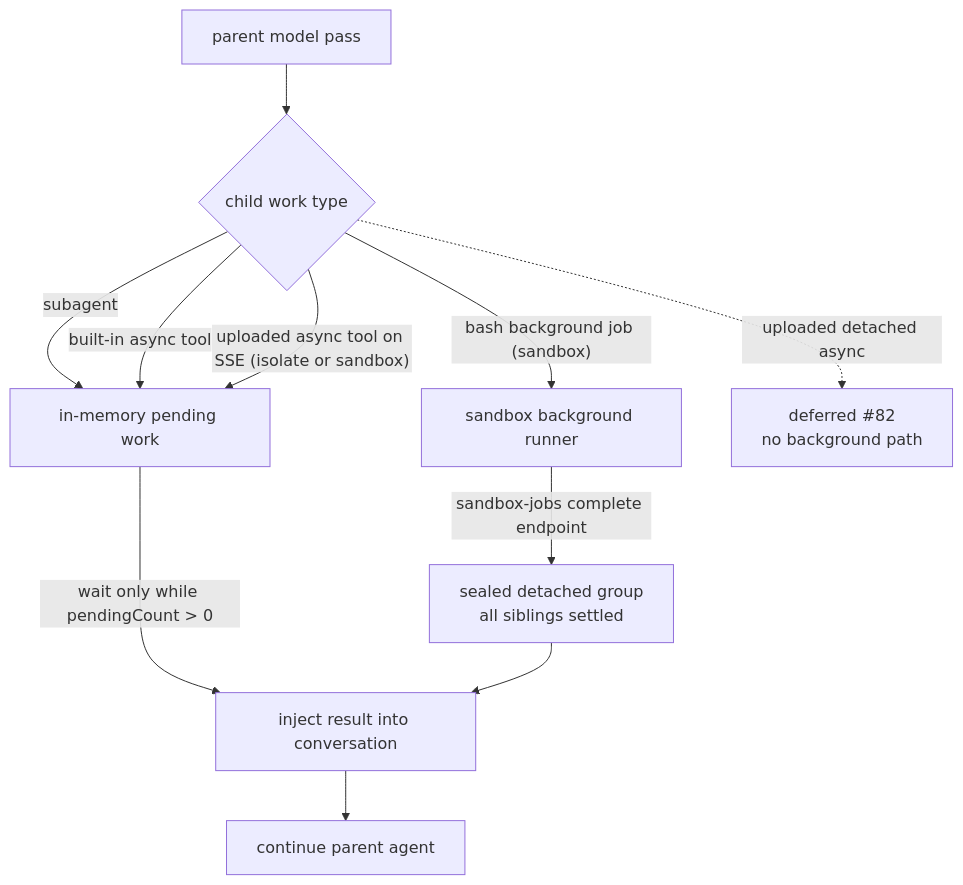
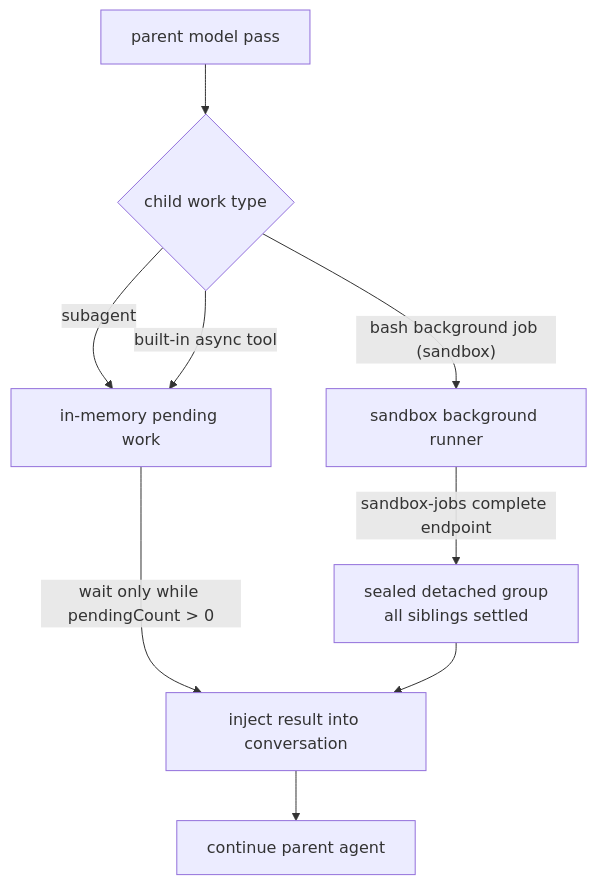
Before and after one commit to beeblastco/broods: the seventh of 12 diagrams in apps/docs/docs/architecture.md, drawn with Mermaid. The commit also changed other lines of this file and 33 other files, not shown here.

````diff
--- a/apps/docs/docs/architecture.md
+++ b/apps/docs/docs/architecture.md
@@ -204,13 +204,11 @@
 ```mermaid
 flowchart TD
   Parent["parent model pass"] --> Kind{"child work type"}
   Kind -->|"subagent"| InMemory["in-memory pending work"]
   Kind -->|"built-in async tool"| InMemory
-  Kind -->|"uploaded async tool on SSE (isolate or sandbox)"| InMemory
   Kind -->|"bash background job (sandbox)"| External["sandbox background runner"]
-  Kind -.->|"uploaded detached async"| Deferred["deferred #82<br/>no background path"]
   InMemory -->|"wait only while pendingCount > 0"| Inject["inject result into conversation"]
   External -->|"sandbox-jobs complete endpoint"| Group["sealed detached group<br/>all siblings settled"]
   Group --> Inject
   Inject --> Continue["continue parent agent"]
 ```
````
